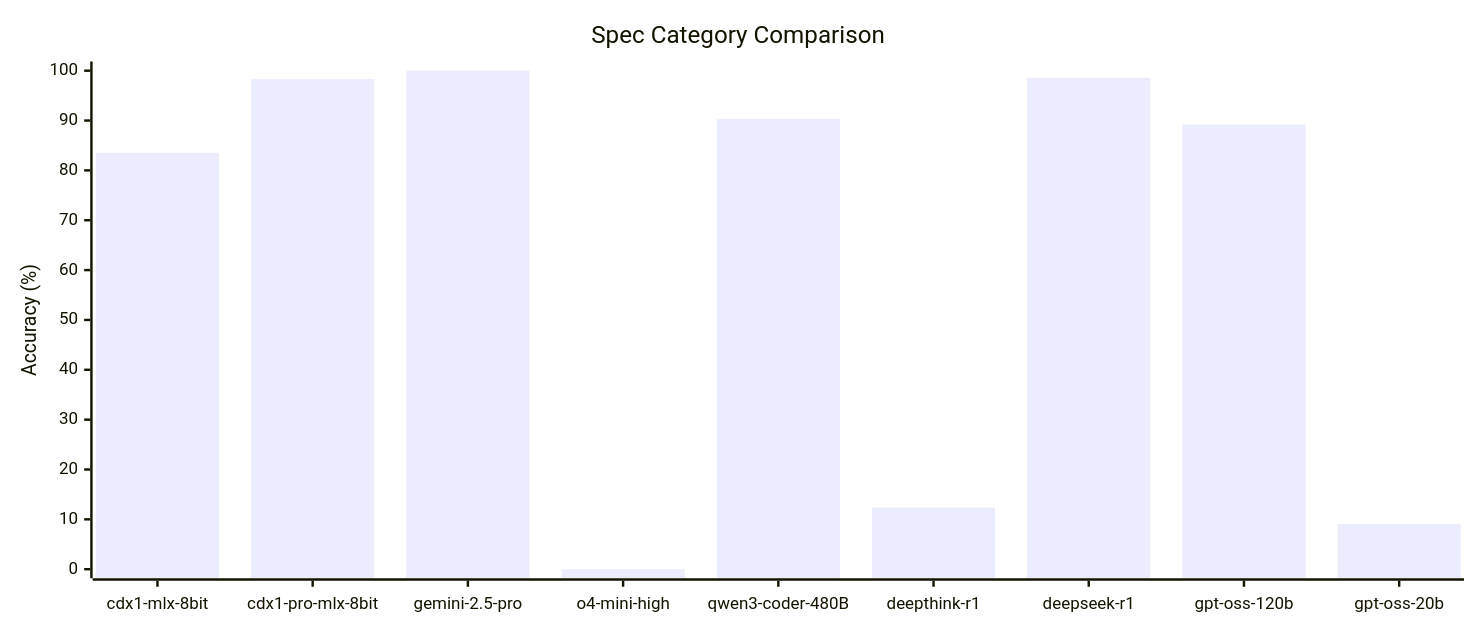
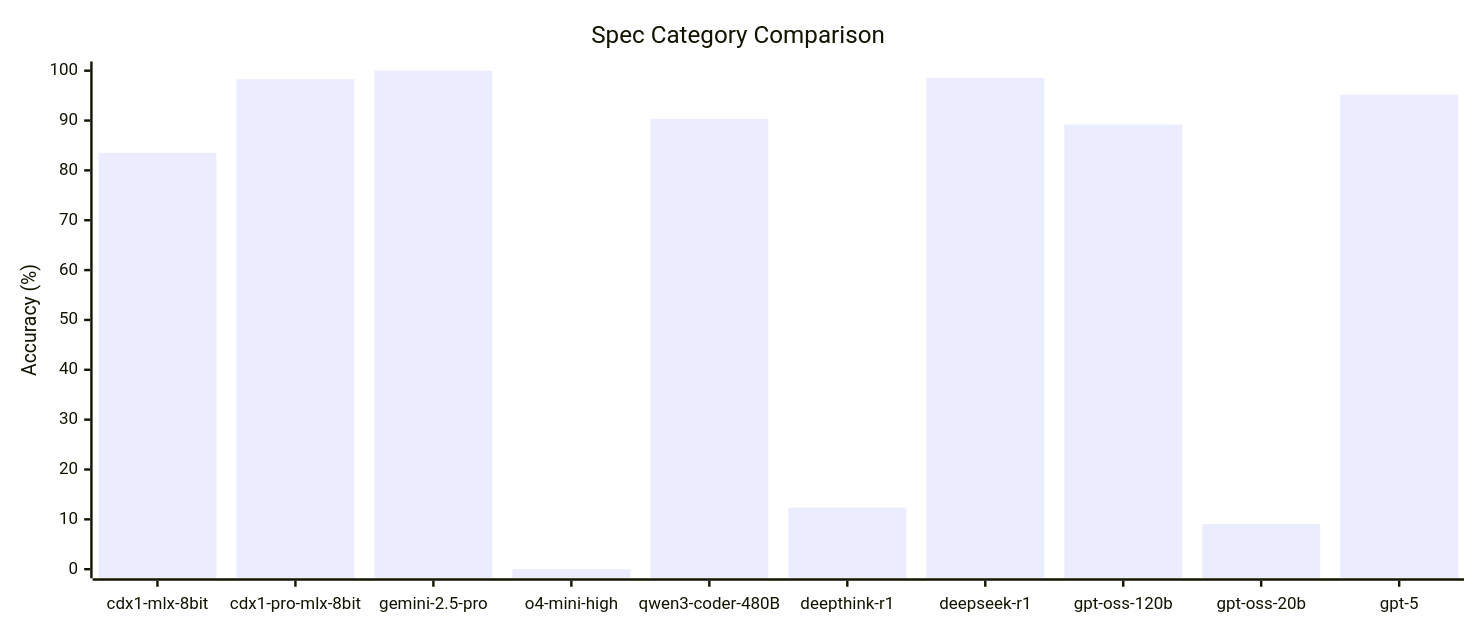
One commit to CycloneDX/cdxgen changed the second of 2 diagrams in contrib/xBOMEval/results/README.md. Above: the diagram before and after it, drawn with Mermaid. The commit also changed other lines of this file and 4 other files, not shown here.

````diff
--- a/contrib/xBOMEval/results/README.md
+++ b/contrib/xBOMEval/results/README.md
@@ -47,13 +80,13 @@
 ```mermaid
 ---
 config:
   xyChart:
     width: 1200
 ---
 %%{init: {'theme': 'default'}}%%
 xychart-beta
     title "Spec Category Comparison"
-    x-axis [cdx1-mlx-8bit, cdx1-pro-mlx-8bit, gemini-2.5-pro, o4-mini-high, qwen3-coder-480B, deepthink-r1, deepseek-r1, gpt-oss-120b, gpt-oss-20b]
+    x-axis [cdx1-mlx-8bit, cdx1-pro-mlx-8bit, gemini-2.5-pro, o4-mini-high, qwen3-coder-480B, deepthink-r1, deepseek-r1, gpt-oss-120b, gpt-oss-20b, gpt-5]
     y-axis "Accuracy (%)" 0 --> 100
-    bar [83.52, 98.3, 100, 0, 90.34, 12.36, 98.58, 89.2, 9.09]
+    bar [83.52, 98.3, 100, 0, 90.34, 12.36, 98.58, 89.2, 9.09, 95.17]
 ```
````
